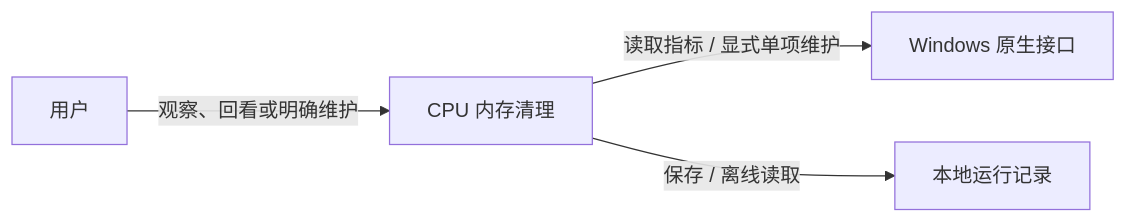
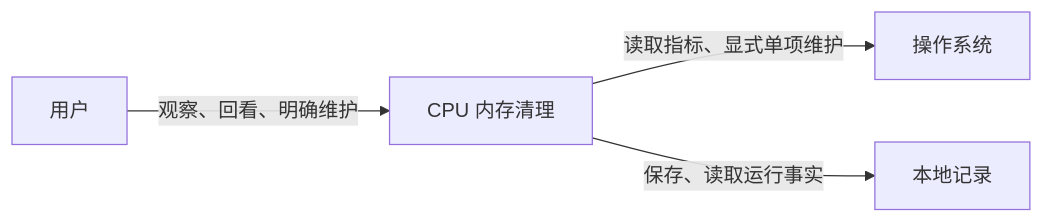
One commit to DreamSoul-AI/cpu-memory-cleanup changed the first of 4 diagrams in docs/CPU 内存清理 架构设计.md. Above: the diagram before and after it, drawn with Mermaid. The commit also changed other lines of this file and 39 other files, not shown here.

````diff
--- a/docs/CPU 内存清理 架构设计.md
+++ b/docs/CPU 内存清理 架构设计.md
@@ -8,6 +7,6 @@
 ```mermaid
 flowchart LR
-    USER["用户"] -->|观察、回看或明确维护| APP["CPU 内存清理"]
-    APP -->|读取指标 / 显式单项维护| OS["Windows 原生接口"]
-    APP -->|保存 / 离线读取| DATA["本地运行记录"]
+    USER["用户"] -->|观察、回看、明确维护| APP["CPU 内存清理"]
+    APP -->|读取指标、显式单项维护| OS["操作系统"]
+    APP -->|保存、读取运行事实| DATA["本地记录"]
 ```
````
